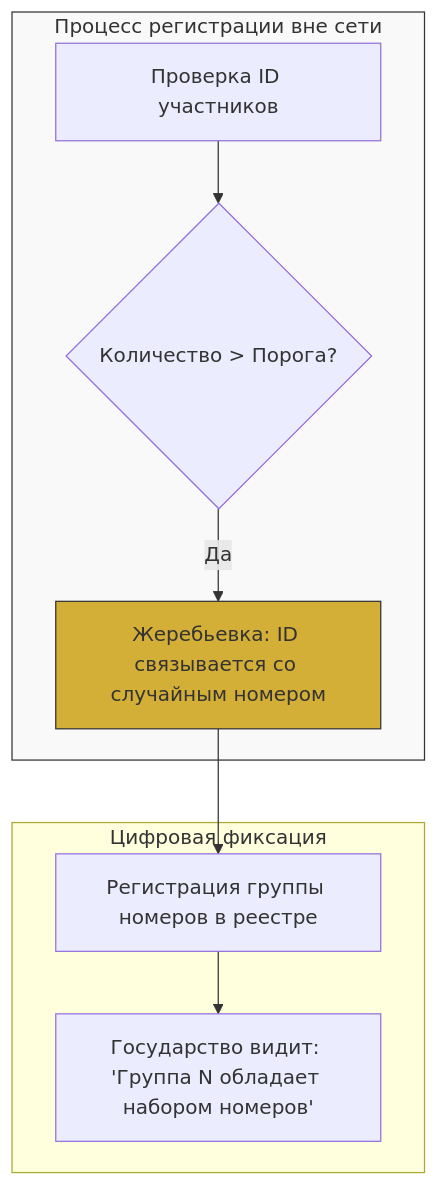
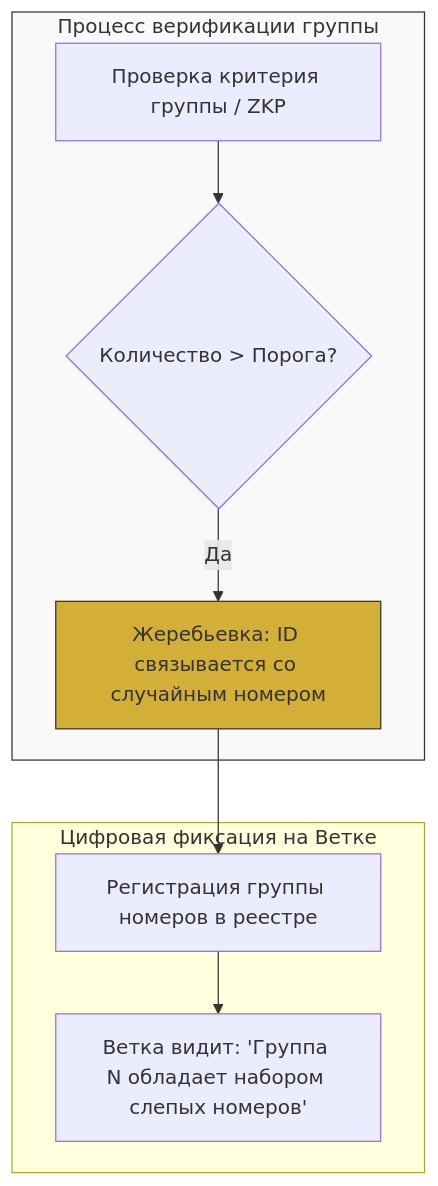
The ninth of 53 diagrams in shared_docs/Технический документ платформы Турбаза.md (Data-Independence-Network/presentations), drawn with Mermaid before and after one commit. The commit also changed other lines of this file and 9 other files, not shown here.

````diff
--- a/shared_docs/Технический документ платформы Турбаза.md
+++ b/shared_docs/Технический документ платформы Турбаза.md
@@ -200,15 +217,15 @@
 ```mermaid
 graph TD
-    subgraph Offline_Process [Процесс регистрации вне сети]
-        IDs[Проверка ID участников] --> Count{Количество > Порога?}
+    subgraph Offline_Process [Процесс верификации группы]
+        IDs[Проверка критерия группы / ZKP] --> Count{Количество > Порога?}
         Count -- Да --> Hat[Жеребьевка: ID связывается со случайным номером]
     end
     
-    subgraph Digital_Registration [Цифровая фиксация]
+    subgraph Digital_Registration [Цифровая фиксация на Ветке]
         Hat --> Reg[Регистрация группы номеров в реестре]
-        Reg --> GovLink[Государство видит: 'Группа N обладает набором номеров']
+        Reg --> GovLink[Ветка видит: 'Группа N обладает набором слепых номеров']
     end
     
     style Offline_Process fill:#f9f9f9,stroke:#333
     style Hat fill:#D4AF37,stroke:#333
 ```
````
